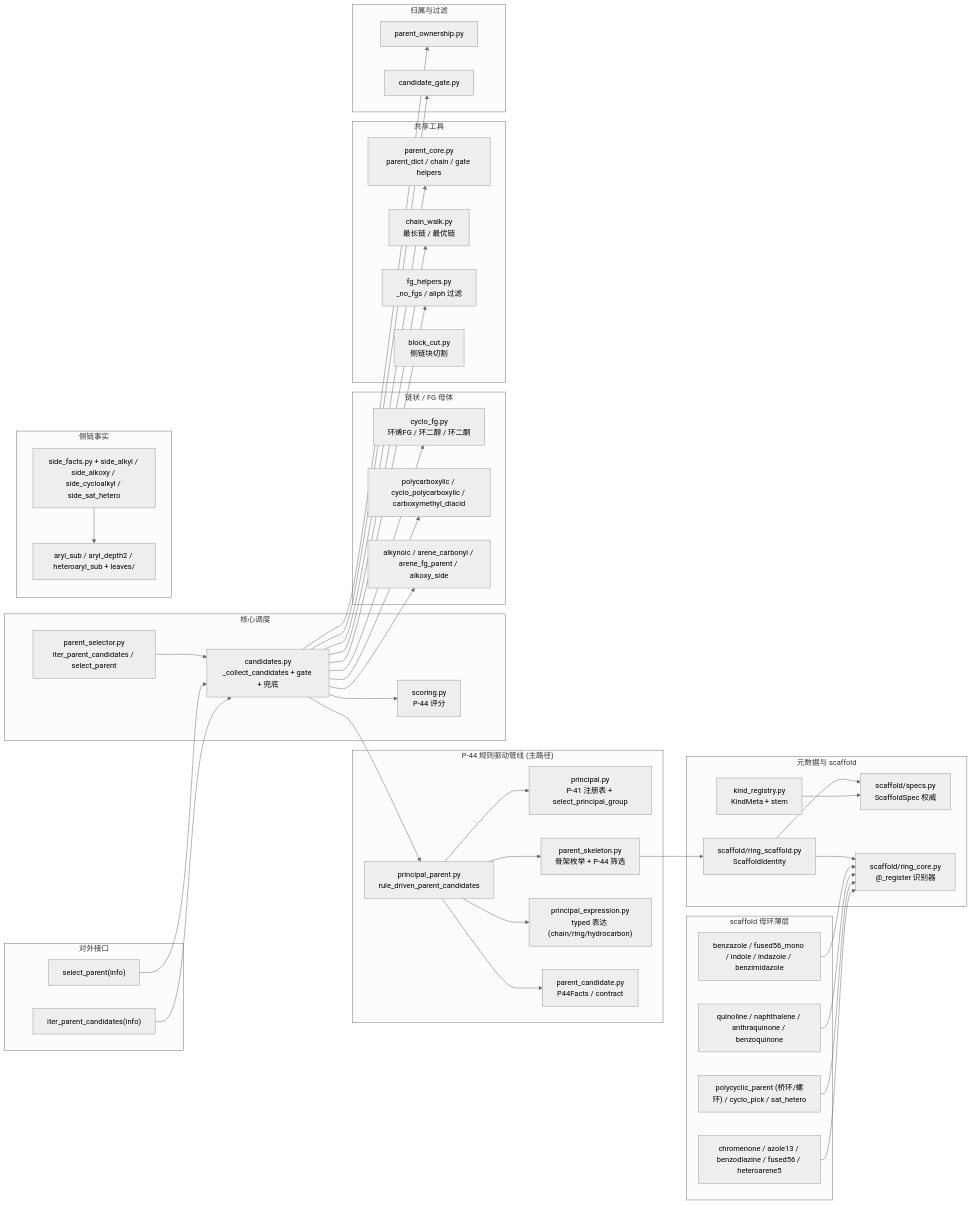
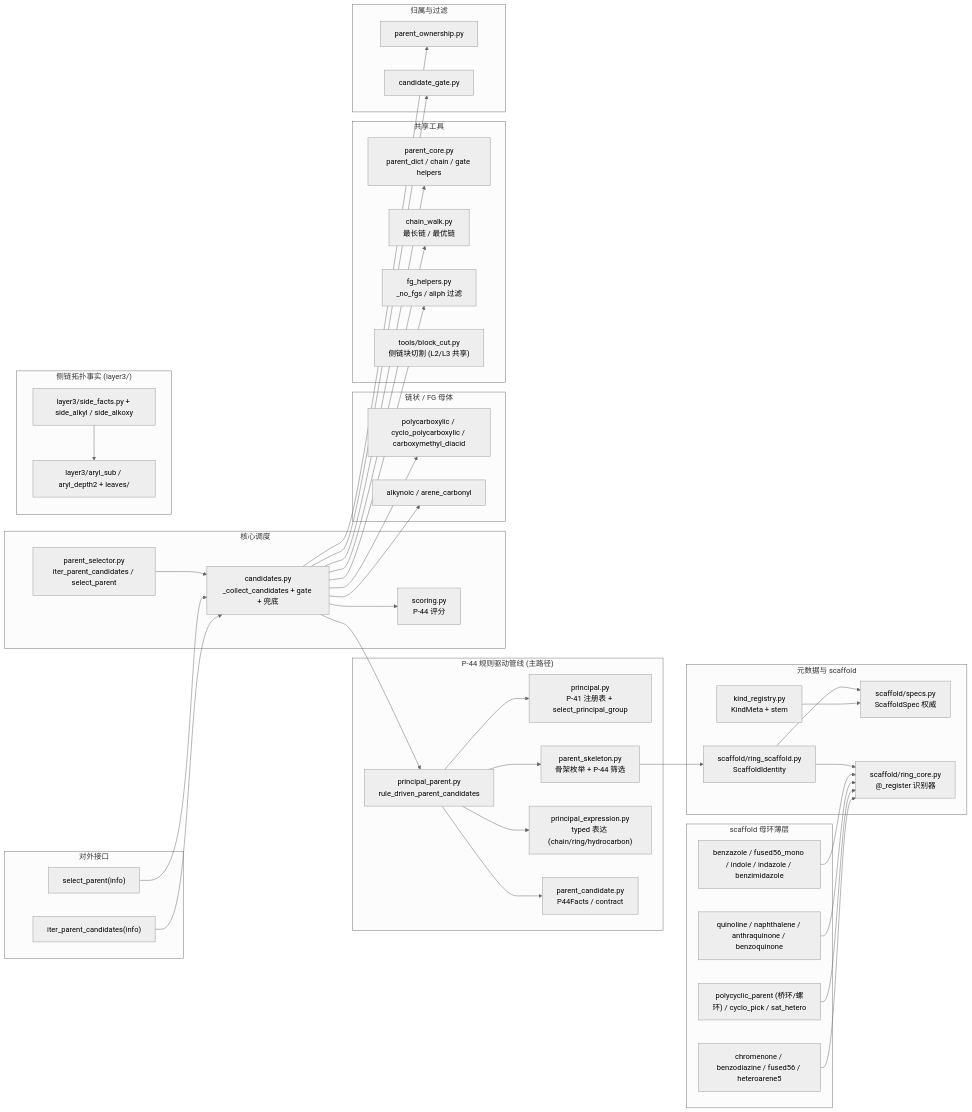
One commit to zouxiaofei1/OpenSMILES changed the fourth of 6 diagrams in docs/wiki/architecture/layer2-parent-selector.md. Above: the diagram before and after it, drawn with Mermaid (neutral theme). The commit also changed other lines of this file and 6 other files, not shown here.

````diff
--- a/docs/wiki/architecture/layer2-parent-selector.md
+++ b/docs/wiki/architecture/layer2-parent-selector.md
@@ -732,72 +621,71 @@
 ```mermaid
 flowchart LR
     subgraph Public_API["对外接口"]
         SP["select_parent(info)"]
         IPC["iter_parent_candidates(info)"]
     end
 
     subgraph Principal["P-44 规则驱动管线 (主路径)"]
         PR["principal.py<br/>P-41 注册表 + select_principal_group"]
         SKEL["parent_skeleton.py<br/>骨架枚举 + P-44 筛选"]
         PEXPR["principal_expression.py<br/>typed 表达 (chain/ring/hydrocarbon)"]
         PPR["principal_parent.py<br/>rule_driven_parent_candidates"]
         PCAND["parent_candidate.py<br/>P44Facts / contract"]
     end
 
     subgraph Core["核心调度"]
         CAND["candidates.py<br/>_collect_candidates + gate + 兜底"]
         SCORE["scoring.py<br/>P-44 评分"]
         PSEL["parent_selector.py<br/>iter_parent_candidates / select_parent"]
     end
 
     subgraph Registry["元数据与 scaffold"]
         KR["kind_registry.py<br/>KindMeta + stem"]
         SPECS["scaffold/specs.py<br/>ScaffoldSpec 权威"]
         RCORE["scaffold/ring_core.py<br/>@_register 识别器"]
         RSCAFF["scaffold/ring_scaffold.py<br/>ScaffoldIdentity"]
     end
 
     subgraph RingParents["scaffold 母环薄层"]
         R1["benzazole / fused56_mono / indole / indazole / benzimidazole"]
         R2["quinoline / naphthalene / anthraquinone / benzoquinone"]
         R3["polycyclic_parent (桥环/螺环) / cyclo_pick / sat_hetero"]
-        R4["chromenone / azole13 / benzodiazine / fused56 / heteroarene5"]
+        R4["chromenone / benzodiazine / fused56 / heteroarene5"]
     end
 
     subgraph ChainAndFG["链状 / FG 母体"]
-        CFG["cyclo_fg.py<br/>环烯FG / 环二醇 / 环二酮"]
         PCO["polycarboxylic / cyclo_polycarboxylic / carboxymethyl_diacid"]
-        ALK["alkynoic / arene_carbonyl / arene_fg_parent / alkoxy_side"]
+        ALK["alkynoic / arene_carbonyl"]
     end
 
     subgraph Utilities["共享工具"]
         PC["parent_core.py<br/>parent_dict / chain / gate helpers"]
         CW["chain_walk.py<br/>最长链 / 最优链"]
         FG["fg_helpers.py<br/>_no_fgs / aliph 过滤"]
-        BO["block_cut.py<br/>侧链块切割"]
+        BO["tools/block_cut.py<br/>侧链块切割 (L2/L3 共享)"]
     end
 
-    subgraph SideFacts["侧链事实"]
-        SF["side_facts.py + side_alkyl / side_alkoxy / side_cycloalkyl / side_sat_hetero"]
-        ARYL["aryl_sub / aryl_depth2 / heteroaryl_sub + leaves/"]
+    subgraph SideFacts["侧链拓扑事实 (layer3/)"]
+        SF["layer3/side_facts.py + side_alkyl / side_alkoxy"]
+        ARYL["layer3/aryl_sub / aryl_depth2 + leaves/"]
     end
 
     subgraph Ownership["归属与过滤"]
         PO["parent_ownership.py"]
         CG["candidate_gate.py"]
     end
 
     PSEL --> CAND
     SP --> CAND
     IPC --> CAND
     CAND --> PPR
     PPR --> PR & SKEL & PEXPR & PCAND
     SKEL --> RSCAFF
     RSCAFF --> RCORE & SPECS
     KR --> SPECS
     CAND --> SCORE & PO & CG
-    CAND --> CFG & PCO & ALK
+    CAND --> PCO & ALK
     CAND --> PC & CW & FG
     R1 & R2 & R3 & R4 --> RCORE
     SF --> ARYL
 ```
````
